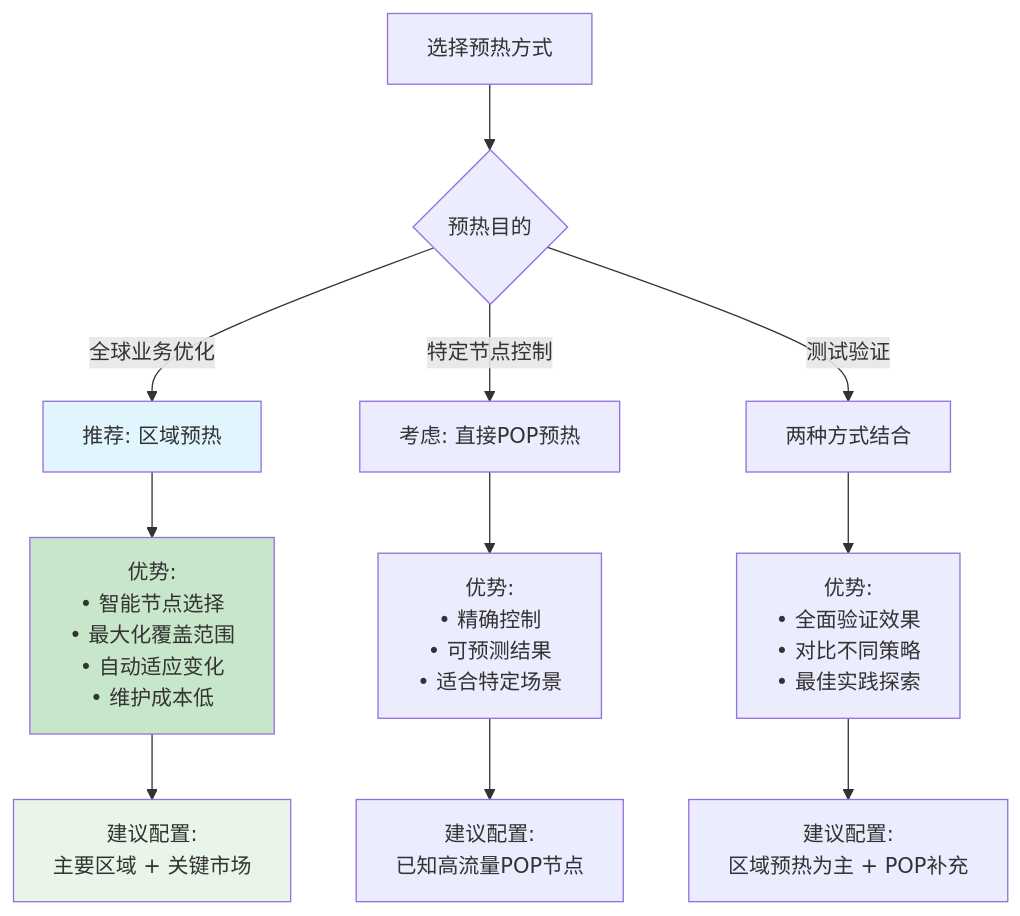
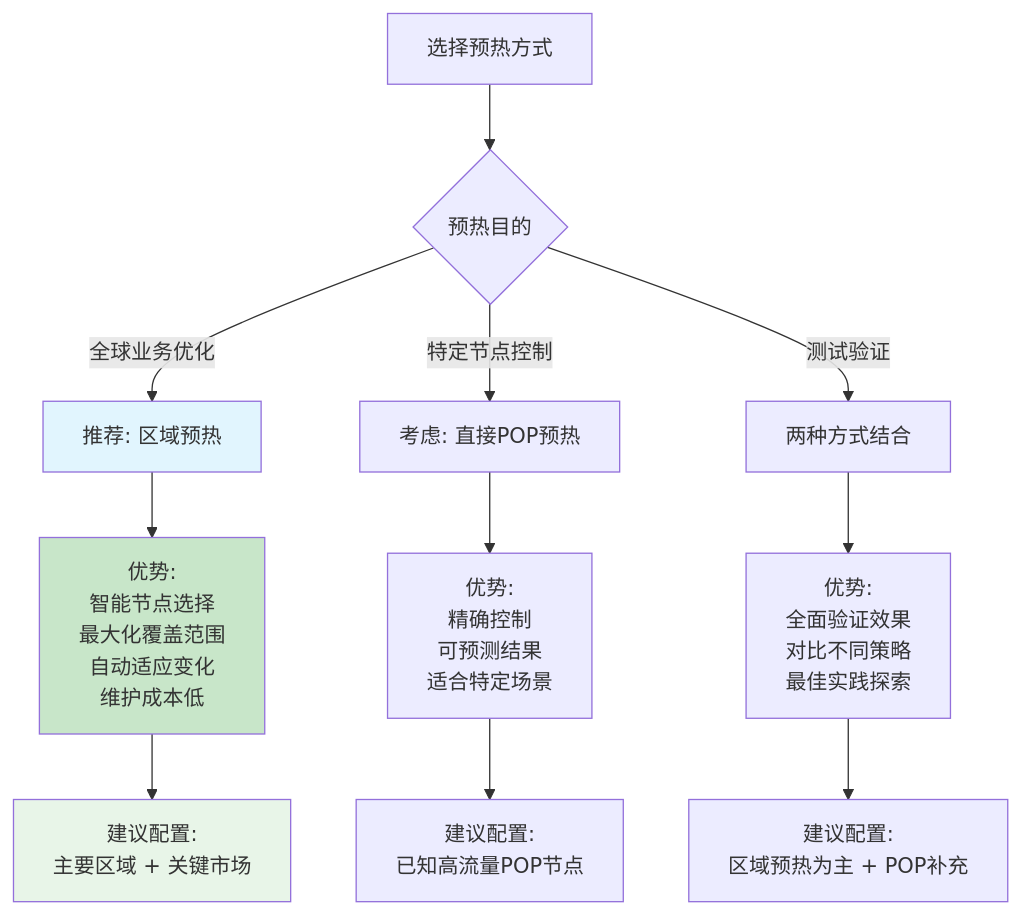
Before and after one commit to ddpie/aws-references: diagram 13 of 17 in CloudFront预热方案详解.md, drawn with Mermaid. The commit also changed other lines of this file, not shown here.

Commit message:
fix mermaid grammar error

````diff
--- a/CloudFront预热方案详解.md
+++ b/CloudFront预热方案详解.md
@@ -528,22 +528,22 @@
 ```mermaid
 flowchart TD
-    Start[选择预热方式] --> Purpose{预热目的}
+    Start["选择预热方式"] --> Purpose{"预热目的"}
     
-    Purpose -->|全球业务优化| GlobalBusiness[推荐: 区域预热]
-    Purpose -->|特定节点控制| SpecificControl[考虑: 直接POP预热]
-    Purpose -->|测试验证| Testing[两种方式结合]
+    Purpose -->|全球业务优化| GlobalBusiness["推荐: 区域预热"]
+    Purpose -->|特定节点控制| SpecificControl["考虑: 直接POP预热"]
+    Purpose -->|测试验证| Testing["两种方式结合"]
     
-    GlobalBusiness --> RegionBenefits["优势:<br/>• 智能节点选择<br/>• 最大化覆盖范围<br/>• 自动适应变化<br/>• 维护成本低"]
+    GlobalBusiness --> RegionBenefits["优势:<br/>智能节点选择<br/>最大化覆盖范围<br/>自动适应变化<br/>维护成本低"]
     
-    SpecificControl --> POPBenefits["优势:<br/>• 精确控制<br/>• 可预测结果<br/>• 适合特定场景"]
+    SpecificControl --> POPBenefits["优势:<br/>精确控制<br/>可预测结果<br/>适合特定场景"]
     
-    Testing --> CombinedBenefits["优势:<br/>• 全面验证效果<br/>• 对比不同策略<br/>• 最佳实践探索"]
+    Testing --> CombinedBenefits["优势:<br/>全面验证效果<br/>对比不同策略<br/>最佳实践探索"]
     
-    RegionBenefits --> Recommendation1[建议配置:<br/>主要区域 + 关键市场]
-    POPBenefits --> Recommendation2[建议配置:<br/>已知高流量POP节点]
-    CombinedBenefits --> Recommendation3[建议配置:<br/>区域预热为主 + POP补充]
+    RegionBenefits --> Recommendation1["建议配置:<br/>主要区域 + 关键市场"]
+    POPBenefits --> Recommendation2["建议配置:<br/>已知高流量POP节点"]
+    CombinedBenefits --> Recommendation3["建议配置:<br/>区域预热为主 + POP补充"]
     
     style GlobalBusiness fill:#e1f5fe
     style RegionBenefits fill:#c8e6c9
     style Recommendation1 fill:#e8f5e8
 ```
````
